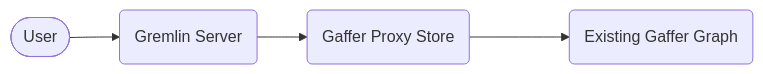
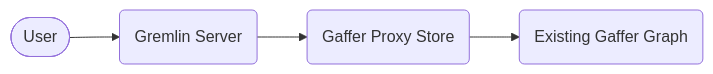
Before and after one commit to gchq/gaffer-doc: the diagram in docs/administration-guide/gaffer-deployment/gremlin.md, drawn with Mermaid. The commit also changed other lines of this file, not shown here.

````diff
--- a/docs/administration-guide/gaffer-deployment/gremlin.md
+++ b/docs/administration-guide/gaffer-deployment/gremlin.md
@@ -45,7 +45,7 @@
 ```mermaid
 flowchart LR
     A(["User"])
     --> B("Gremlin Server")
     --> C(Gaffer Proxy Store)
-    ---> D(Existing Gaffer Graph)
+    --> D(Existing Gaffer Graph)
 ```
````
